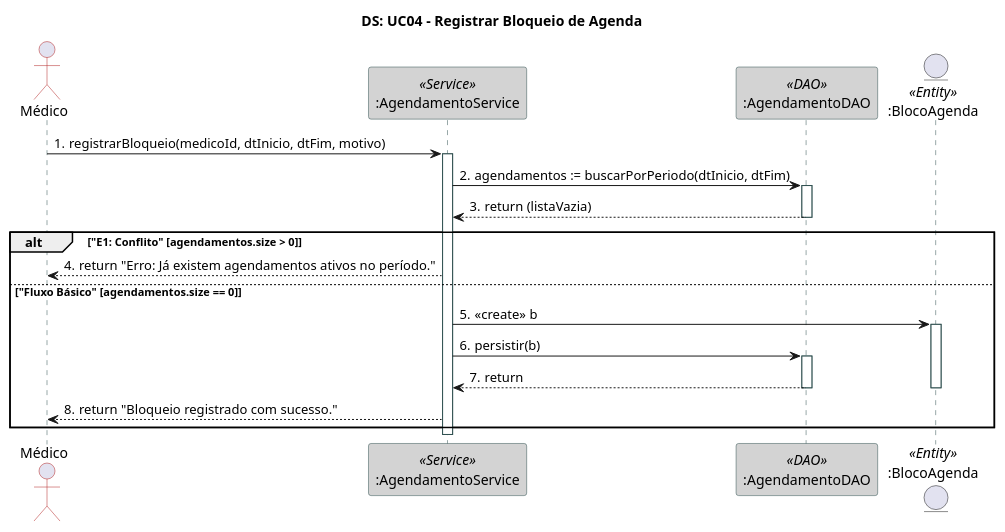
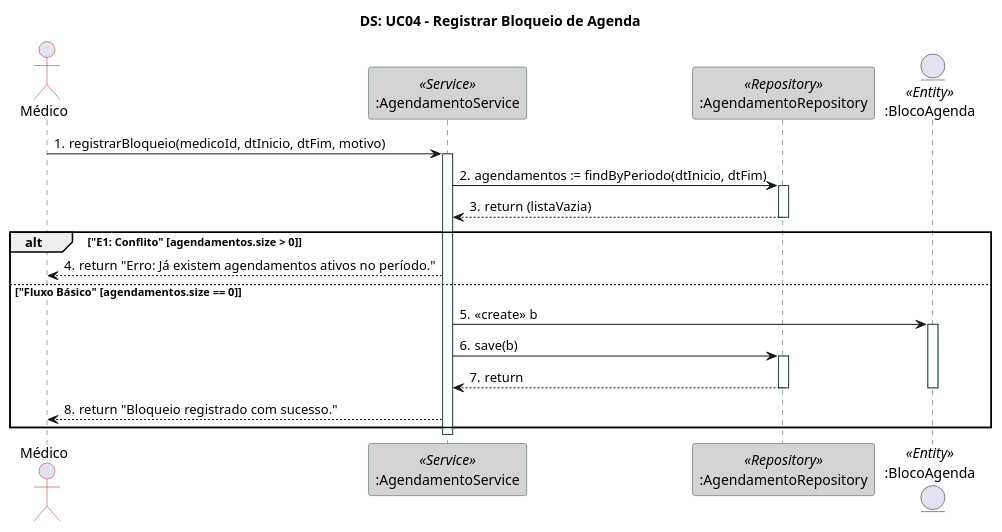
The fourth of 10 diagrams in docs/documentos-finais-definitivos/3.7_3.9_3.10_Modelagens/3.9. Modelagem de Interações/3.9. Modelagem de Interações.md (ps-es-2025-2/grupo4), drawn with PlantUML before and after one commit. The commit also changed other lines of this file and 29 other files, not shown here.

````diff
--- a/docs/documentos-finais-definitivos/3.7_3.9_3.10_Modelagens/3.9. Modelagem de Interações/3.9. Modelagem de Interações.md
+++ b/docs/documentos-finais-definitivos/3.7_3.9_3.10_Modelagens/3.9. Modelagem de Interações/3.9. Modelagem de Interações.md
@@ -296,66 +354,66 @@
 ```plantuml
 @startuml
 
 ' Diagrama de Sequência para UC04: Registrar Bloqueio de Agenda
 ' Baseado no Fluxo Básico e Exceção E1.
 
 skinparam participant {
   BorderColor DarkSlateGray
   BackgroundColor LightGray
   ArrowColor Firebrick
 }
 
 skinparam sequence {
   LifeLineBorderColor DarkSlateGray
   ActorBorderColor Firebrick
 }
 
 title "DS: UC04 - Registrar Bloqueio de Agenda"
 
 ' Ator pode ser Médico ou Gestor
 actor Médico as Actor
 
 ' Participantes baseados no Diagrama de Classes
 participant ":AgendamentoService" as AgService <<Service>>
-participant ":AgendamentoDAO" as AgDAO <<DAO>>
+participant ":AgendamentoRepository" as AgRepository <<Repository>>
 entity ":BlocoAgenda" as Bloco <<Entity>>
 
 autonumber "0."
 
 ' Passos 1-3, 5: Ator acessa função, informa dados e confirma
 Actor -> AgService: registrarBloqueio(medicoId, dtInicio, dtFim, motivo)
 activate AgService
 
 ' Passo 4: O Sistema verifica a existência de Agendamentos Ativos
-' O método buscarPorPeriodo(data) é usado para essa verificação
-AgService -> AgDAO: agendamentos := buscarPorPeriodo(dtInicio, dtFim)
-activate AgDAO
+' O método findByPeriodo(data) é usado para essa verificação
+AgService -> AgRepository: agendamentos := findByPeriodo(dtInicio, dtFim)
+activate AgRepository
 
 ' Supondo happy path (sem conflitos)
-AgDAO --> AgService: return (listaVazia)
-deactivate AgDAO
+AgRepository --> AgService: return (listaVazia)
+deactivate AgRepository
 
 ' Bloco 'alt' para tratar Exceção E1 (Conflito com Agendamento)
 alt "E1: Conflito" [agendamentos.size > 0]
   AgService --> Actor: return "Erro: Já existem agendamentos ativos no período."
 else "Fluxo Básico" [agendamentos.size == 0]
   ' Passo 6: O Sistema salva o novo BlocoAgenda
   ' O UC diz que salva no AgendamentoDAO
   AgService -> Bloco: <<create>> b
   activate Bloco
   
-  ' Assumindo que o AgendamentoDAO pode persistir um BlocoAgenda
-  AgService -> AgDAO: persistir(b)
-  activate AgDAO
-  AgDAO --> AgService: return
-  deactivate AgDAO
+  ' Assumindo que o AgendamentoDAO pode save um BlocoAgenda
+  AgService -> AgRepository: save(b)
+  activate AgRepository
+  AgRepository --> AgService: return
+  deactivate AgRepository
   deactivate Bloco
   
   ' Passo 7: O caso de uso é encerrado
   AgService --> Actor: return "Bloqueio registrado com sucesso."
 end
 
 deactivate AgService
 
 @enduml
 ```
````
